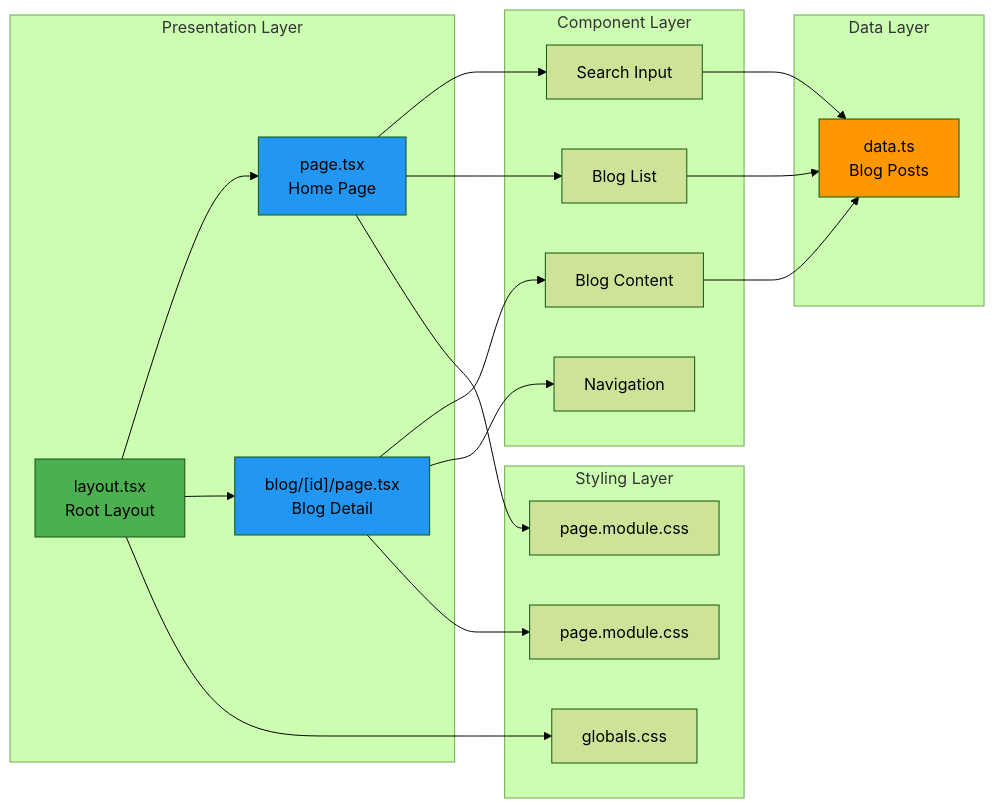
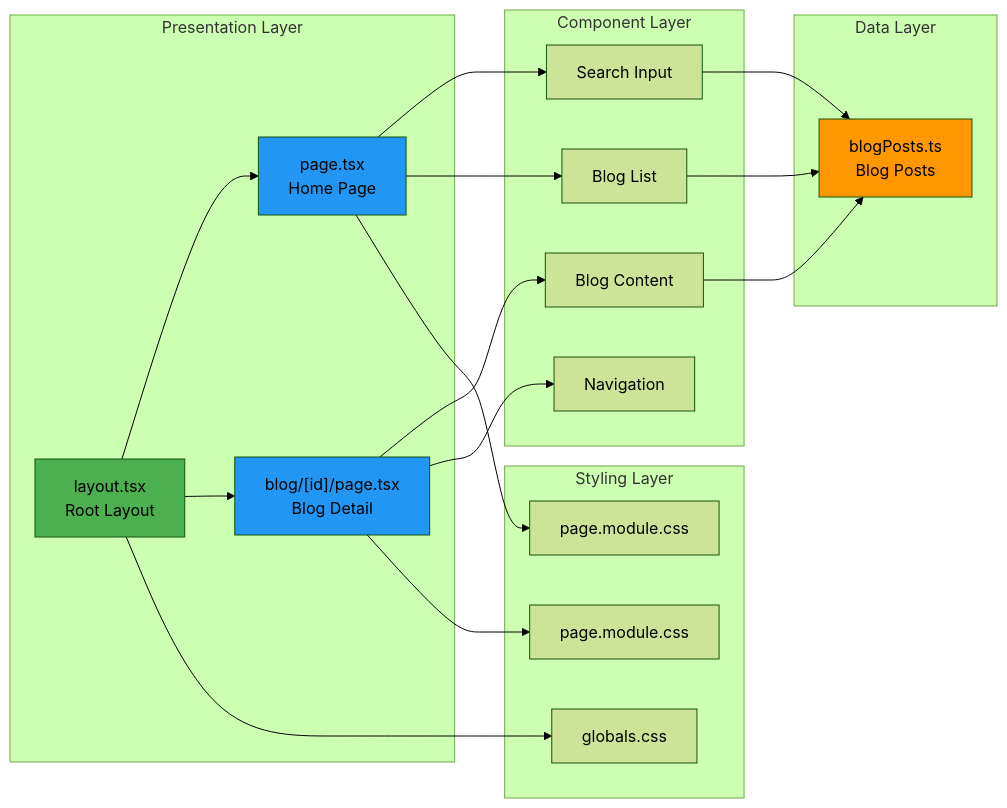
Before and after one commit to wl21st/nextjs_example: the second of 10 diagrams in docs/design/ARCHITECTURE.md, drawn with Mermaid (forest theme). The commit also changed other lines of this file, not shown here.

First line of the commit message:
docs: clean up architecture diagram formatting and update file references

````diff
--- a/docs/design/ARCHITECTURE.md
+++ b/docs/design/ARCHITECTURE.md
@@ -69,31 +69,31 @@
 ```mermaid
 graph LR
     subgraph "Presentation Layer"
         A[layout.tsx<br/>Root Layout] --> B[page.tsx<br/>Home Page]
         A --> C["blog/[id]/page.tsx<br/>Blog Detail"]
     end
     
     subgraph "Component Layer"
         B --> D[Search Input]
         B --> E[Blog List]
         C --> F[Blog Content]
         C --> G[Navigation]
     end
     
     subgraph "Data Layer"
-        D --> H[data.ts<br/>Blog Posts]
+        D --> H[blogPosts.ts<br/>Blog Posts]
         E --> H
         F --> H
     end
     
     subgraph "Styling Layer"
         B --> I[page.module.css]
         C --> J[page.module.css]
         A --> K[globals.css]
     end
     
     style A fill:#4CAF50
     style B fill:#2196F3
     style C fill:#2196F3
     style H fill:#FF9800
 ```
````
